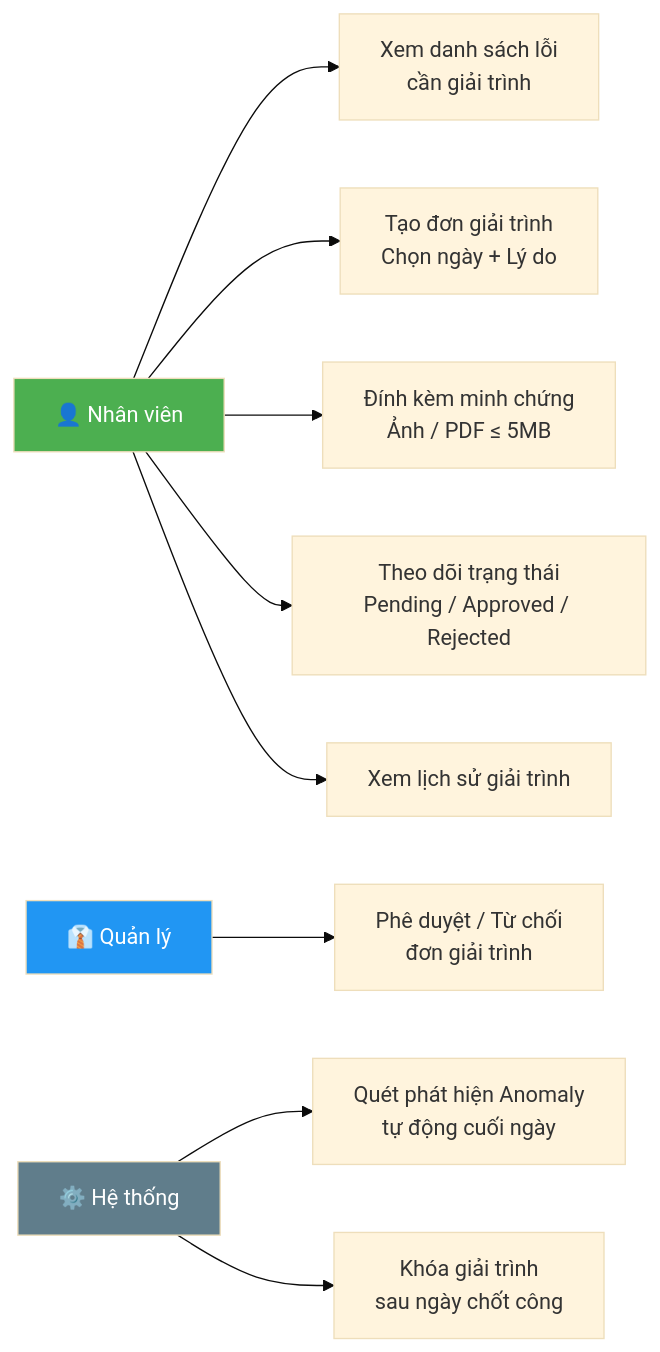
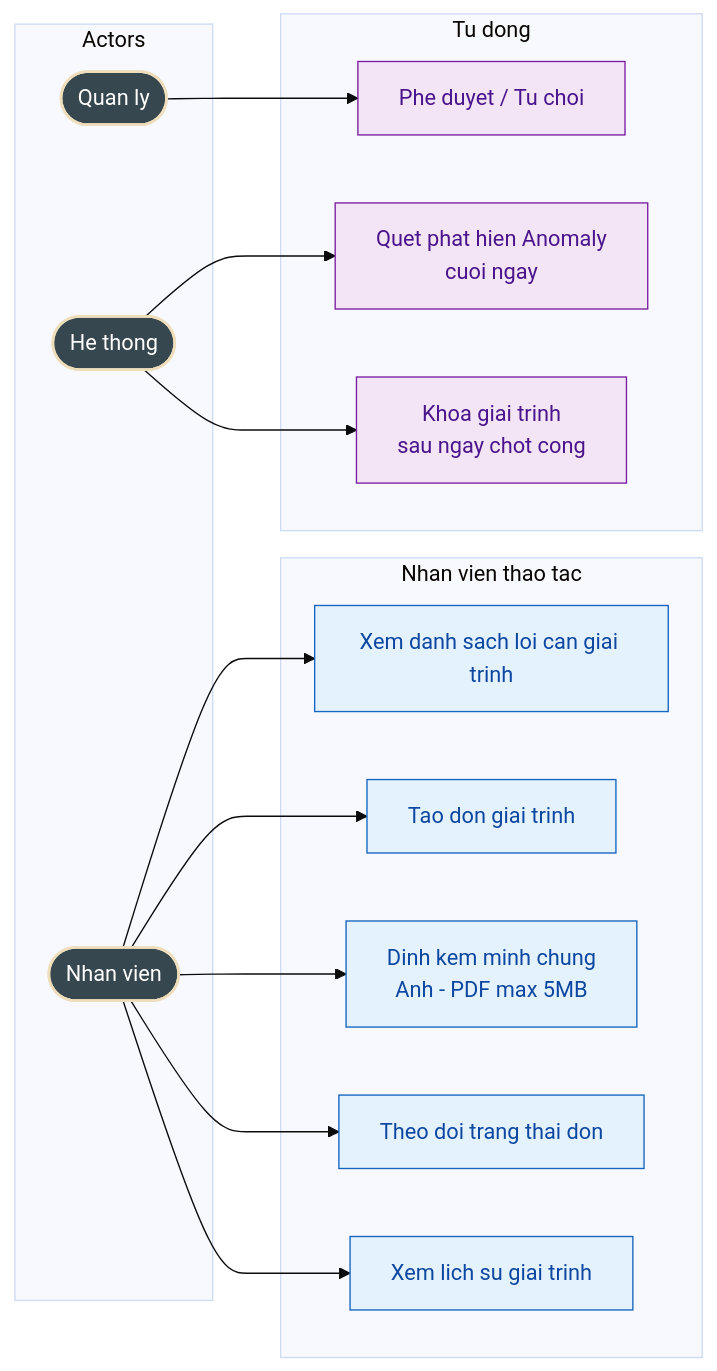
One commit to olbboy/ba-kit-antigravity changed the second of 2 diagrams in outputs/mini-app-cham-cong/2.11-Mini-app/2.11.3.-Giải-trình-công/README.md. Above: the diagram before and after it, drawn with Mermaid (base theme). The commit also changed other lines of this file and 11 other files, not shown here.

First line of the commit message:
fix: clean Confluence export artifacts and upgrade Mermaid diagrams

````diff
--- a/outputs/mini-app-cham-cong/2.11-Mini-app/2.11.3.-Giải-trình-công/README.md
+++ b/outputs/mini-app-cham-cong/2.11-Mini-app/2.11.3.-Giải-trình-công/README.md
@@ -60,23 +71,34 @@
 ```mermaid
 graph LR
-    NV["👤 Nhân viên"]
-    MGR["👔 Quản lý"]
-    SYS["⚙️ Hệ thống"]
+    subgraph Actors
+        NV([Nhan vien])
+        MGR([Quan ly])
+        SYS([He thong])
+    end
 
-    UC1["Xem danh sách lỗi<br/>cần giải trình"]
-    UC2["Tạo đơn giải trình<br/>Chọn ngày + Lý do"]
-    UC3["Đính kèm minh chứng<br/>Ảnh / PDF ≤ 5MB"]
-    UC4["Theo dõi trạng thái<br/>Pending / Approved / Rejected"]
-    UC5["Xem lịch sử giải trình"]
-    UC6["Phê duyệt / Từ chối<br/>đơn giải trình"]
-    UC7["Quét phát hiện Anomaly<br/>tự động cuối ngày"]
-    UC8["Khóa giải trình<br/>sau ngày chốt công"]
+    subgraph NV_Actions["Nhan vien thao tac"]
+        UC1[Xem danh sach loi can giai trinh]
+        UC2[Tao don giai trinh]
+        UC3[Dinh kem minh chung<br/>Anh - PDF max 5MB]
+        UC4[Theo doi trang thai don]
+        UC5[Xem lich su giai trinh]
+    end
+
+    subgraph Auto["Tu dong"]
+        UC6[Phe duyet / Tu choi]
+        UC7[Quet phat hien Anomaly<br/>cuoi ngay]
+        UC8[Khoa giai trinh<br/>sau ngay chot cong]
+    end
 
     NV --> UC1 & UC2 & UC3 & UC4 & UC5
     MGR --> UC6
     SYS --> UC7 & UC8
 
-    style NV fill:#4CAF50,color:#fff
-    style MGR fill:#2196F3,color:#fff
-    style SYS fill:#607D8B,color:#fff
+    classDef actor fill:#37474F,color:#fff,stroke-width:2px
+    classDef uc fill:#E3F2FD,stroke:#1565C0,color:#0D47A1
+    classDef sys fill:#F3E5F5,stroke:#7B1FA2,color:#4A148C
+
+    class NV,MGR,SYS actor
+    class UC1,UC2,UC3,UC4,UC5 uc
+    class UC6,UC7,UC8 sys
 ```
````
